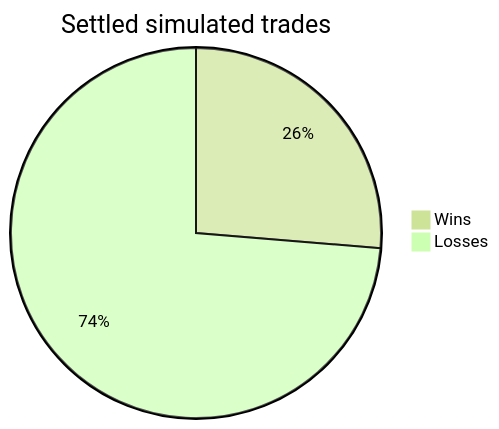
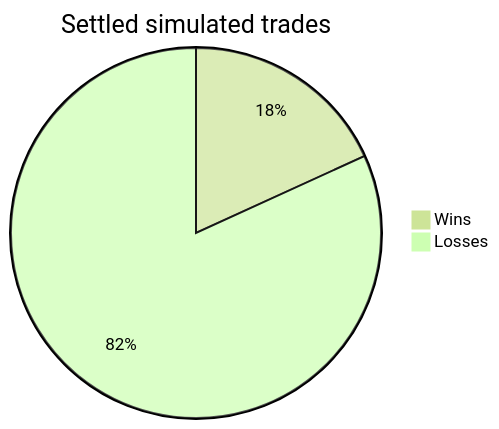
Before and after one commit to cheeseonamonkey/PaperLab: the diagram in docs/bots/book_imbalance.md, drawn with Mermaid (forest theme). The commit also changed other lines of this file and 34 other files, not shown here.

````diff
--- a/docs/bots/book_imbalance.md
+++ b/docs/bots/book_imbalance.md
@@ -22,5 +22,5 @@
 ```mermaid
 pie title Settled simulated trades
-    "Wins" : 5
-    "Losses" : 14
+    "Wins" : 6
+    "Losses" : 27
 ```
````
